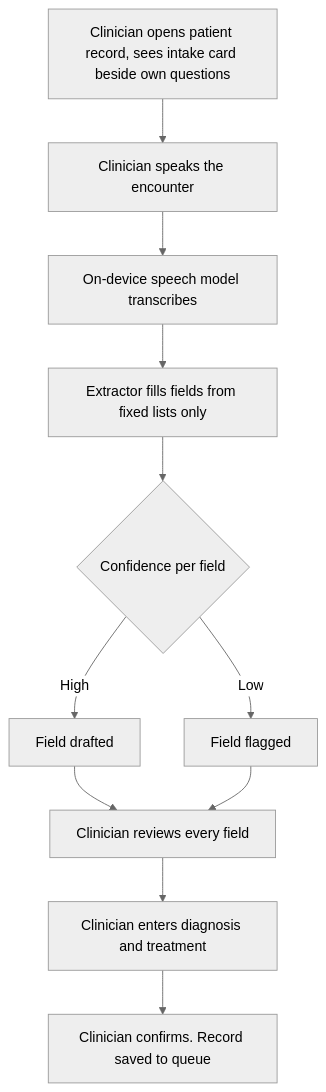
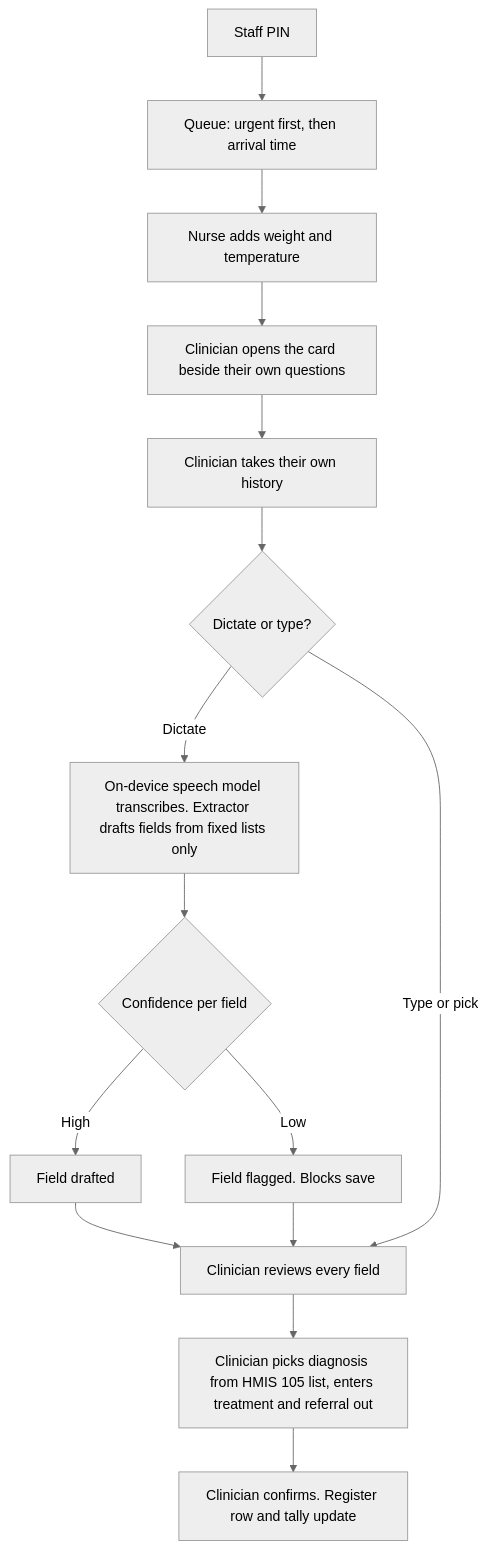
The third of 8 diagrams in docs/product/user-flows.md (Asia-ThePerson/Hacknation2026_TuWulira), drawn with Mermaid (neutral theme) before and after one commit. The commit also changed other lines of this file and 36 other files, not shown here.

````diff
--- a/docs/product/user-flows.md
+++ b/docs/product/user-flows.md
@@ -23,13 +56,17 @@
 ```mermaid
 flowchart TD
-  A[Clinician opens patient record, sees intake card beside own questions] --> B[Clinician speaks the encounter]
-  B --> C[On-device speech model transcribes]
-  C --> D[Extractor fills fields from fixed lists only]
+  P[Staff PIN] --> Q[Queue: urgent first, then arrival time]
+  Q --> N[Nurse adds weight and temperature]
+  N --> C[Clinician opens the card beside their own questions]
+  C --> H[Clinician takes their own history]
+  H --> S{Dictate or type?}
+  S -->|Dictate| D[On-device speech model transcribes. Extractor drafts fields from fixed lists only]
   D --> E{Confidence per field}
   E -->|High| F[Field drafted]
-  E -->|Low| G[Field flagged]
-  F --> H[Clinician reviews every field]
-  G --> H
-  H --> I[Clinician enters diagnosis and treatment]
-  I --> J[Clinician confirms. Record saved to queue]
+  E -->|Low| G[Field flagged. Blocks save]
+  F --> V[Clinician reviews every field]
+  G --> V
+  S -->|Type or pick| V
+  V --> DX[Clinician picks diagnosis from HMIS 105 list, enters treatment and referral out]
+  DX --> OK[Clinician confirms. Register row and tally update]
 ```
````
